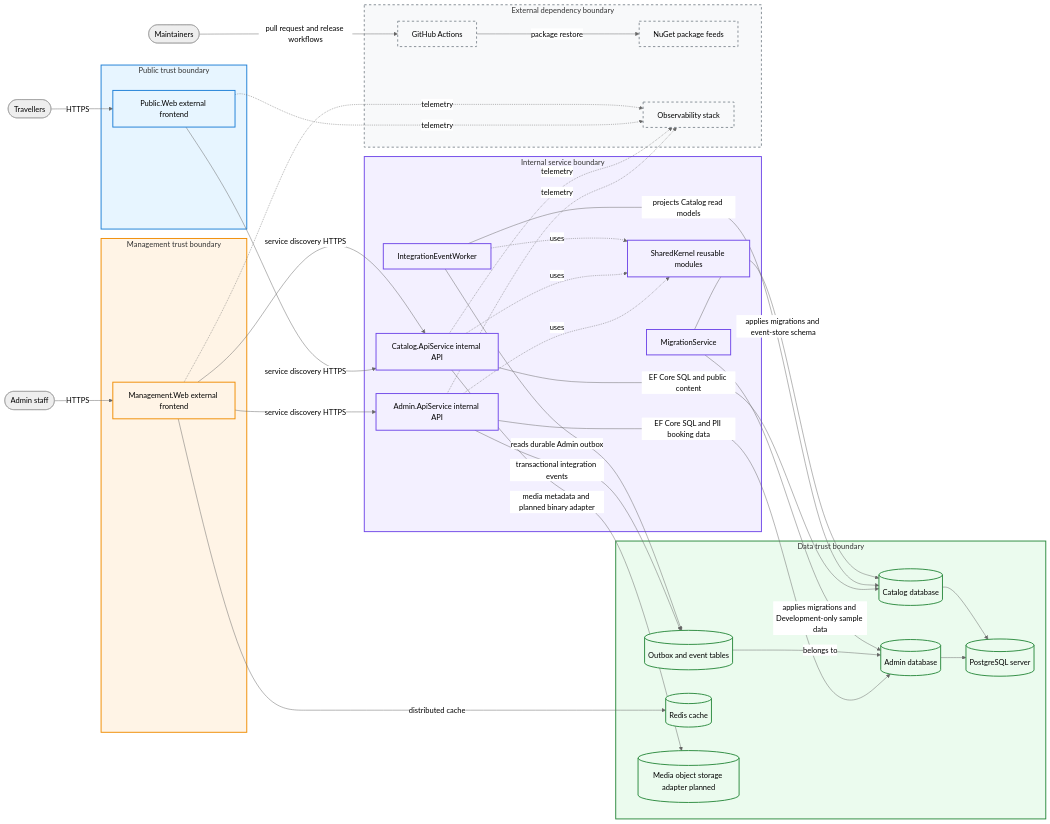
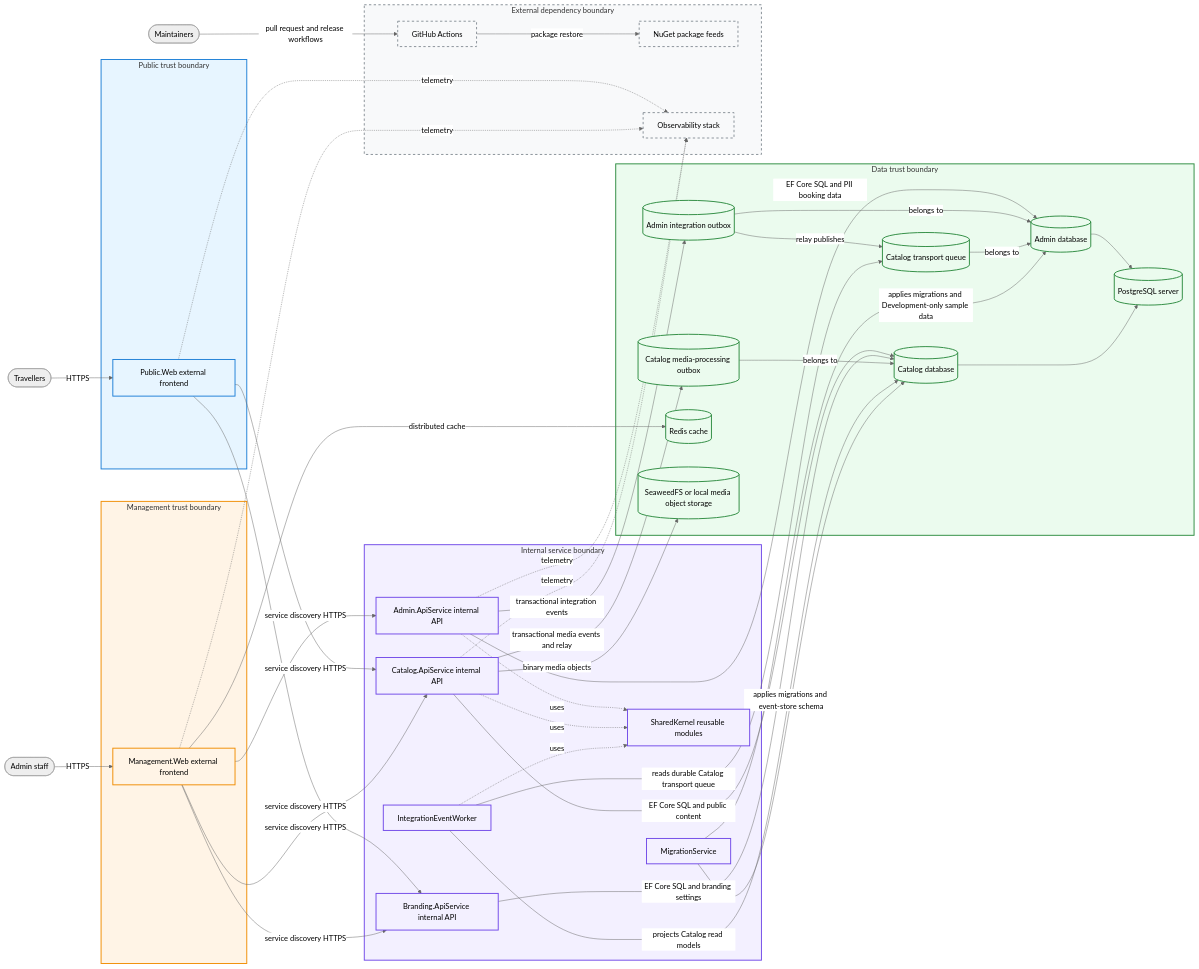
The diagram in docs/architecture/system-overview.md (danigutsch/ViajantesTurismo), drawn with Mermaid (neutral theme) before and after one commit. The commit also changed 44 other files, not shown here.

````diff
--- a/docs/architecture/system-overview.md
+++ b/docs/architecture/system-overview.md
@@ -21,6 +21,7 @@
     end
     subgraph internalBoundary[Internal service boundary]
         adminApi[Admin.ApiService internal API]
+        brandingApi[Branding.ApiService internal API]
         catalogApi[Catalog.ApiService internal API]
         worker[IntegrationEventWorker]
         migration[MigrationService]
@@ -30,9 +31,11 @@
         databaseServer[(PostgreSQL server)]
         adminDatabase[(Admin database)]
         catalogDatabase[(Catalog database)]
-        outbox[(Outbox and event tables)]
+        adminOutbox[(Admin integration outbox)]
+        catalogTransport[(Catalog transport queue)]
+        catalogOutbox[(Catalog media-processing outbox)]
         cache[(Redis cache)]
-        mediaStorage[(Media object storage adapter planned)]
+        mediaStorage[(SeaweedFS or local media object storage)]
     end
     subgraph externalBoundary[External dependency boundary]
         github[GitHub Actions]
@@ -44,15 +47,22 @@
     maintainer -- pull request and release workflows --> github
     github -- package restore --> packageFeeds
     publicWeb -- service discovery HTTPS --> catalogApi
+    publicWeb -- service discovery HTTPS --> brandingApi
     managementWeb -- service discovery HTTPS --> adminApi
+    managementWeb -- service discovery HTTPS --> brandingApi
     managementWeb -- service discovery HTTPS --> catalogApi
     managementWeb -- distributed cache --> cache
     adminApi -- EF Core SQL and PII booking data --> adminDatabase
-    adminApi -- transactional integration events --> outbox
-    outbox -- belongs to --> adminDatabase
+    adminApi -- transactional integration events --> adminOutbox
+    adminOutbox -- relay publishes --> catalogTransport
+    adminOutbox -- belongs to --> adminDatabase
+    catalogTransport -- belongs to --> adminDatabase
     catalogApi -- EF Core SQL and public content --> catalogDatabase
-    catalogApi -- media metadata and planned binary adapter --> mediaStorage
-    worker -- reads durable Admin outbox --> outbox
+    brandingApi -- EF Core SQL and branding settings --> catalogDatabase
+    catalogApi -- binary media objects --> mediaStorage
+    catalogApi -- transactional media events and relay --> catalogOutbox
+    catalogOutbox -- belongs to --> catalogDatabase
+    worker -- reads durable Catalog transport queue --> catalogTransport
     worker -- projects Catalog read models --> catalogDatabase
     migration -- applies migrations and Development-only sample data --> adminDatabase
     migration -- applies migrations and event-store schema --> catalogDatabase
@@ -77,7 +87,7 @@
     classDef external fill:#f8f9fa,stroke:#868e96,stroke-width:2px,stroke-dasharray: 5 5
     class publicWeb public
     class managementWeb management
-    class adminApi,catalogApi,worker,migration,sharedKernel internal
-    class databaseServer,adminDatabase,catalogDatabase,outbox,cache,mediaStorage data
+    class adminApi,brandingApi,catalogApi,worker,migration,sharedKernel internal
+    class databaseServer,adminDatabase,catalogDatabase,adminOutbox,catalogTransport,catalogOutbox,cache,mediaStorage data
     class github,packageFeeds,observability external
 ```
````
